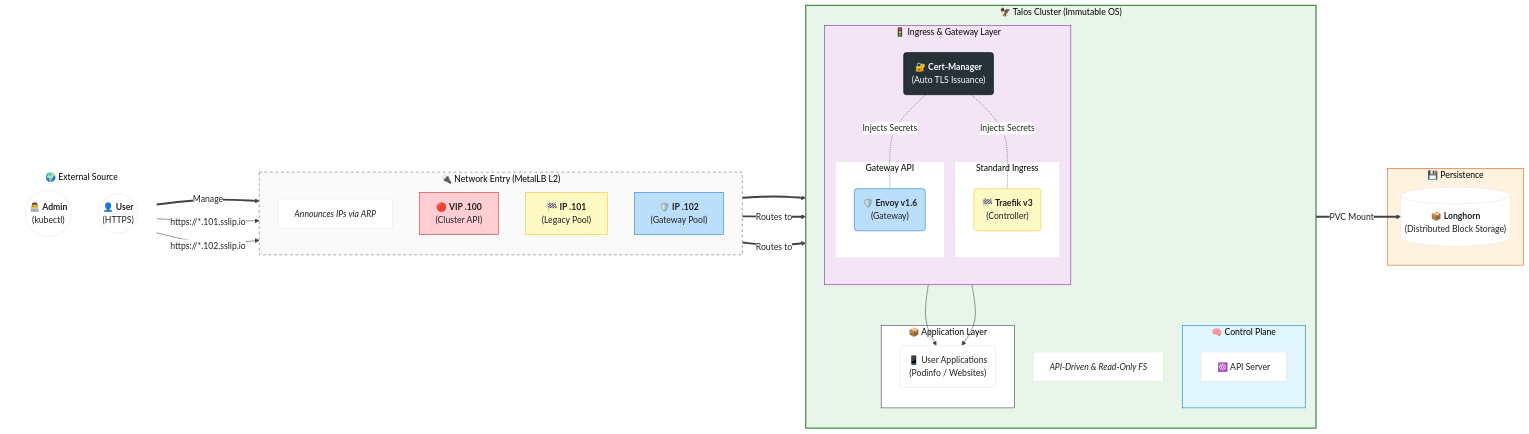
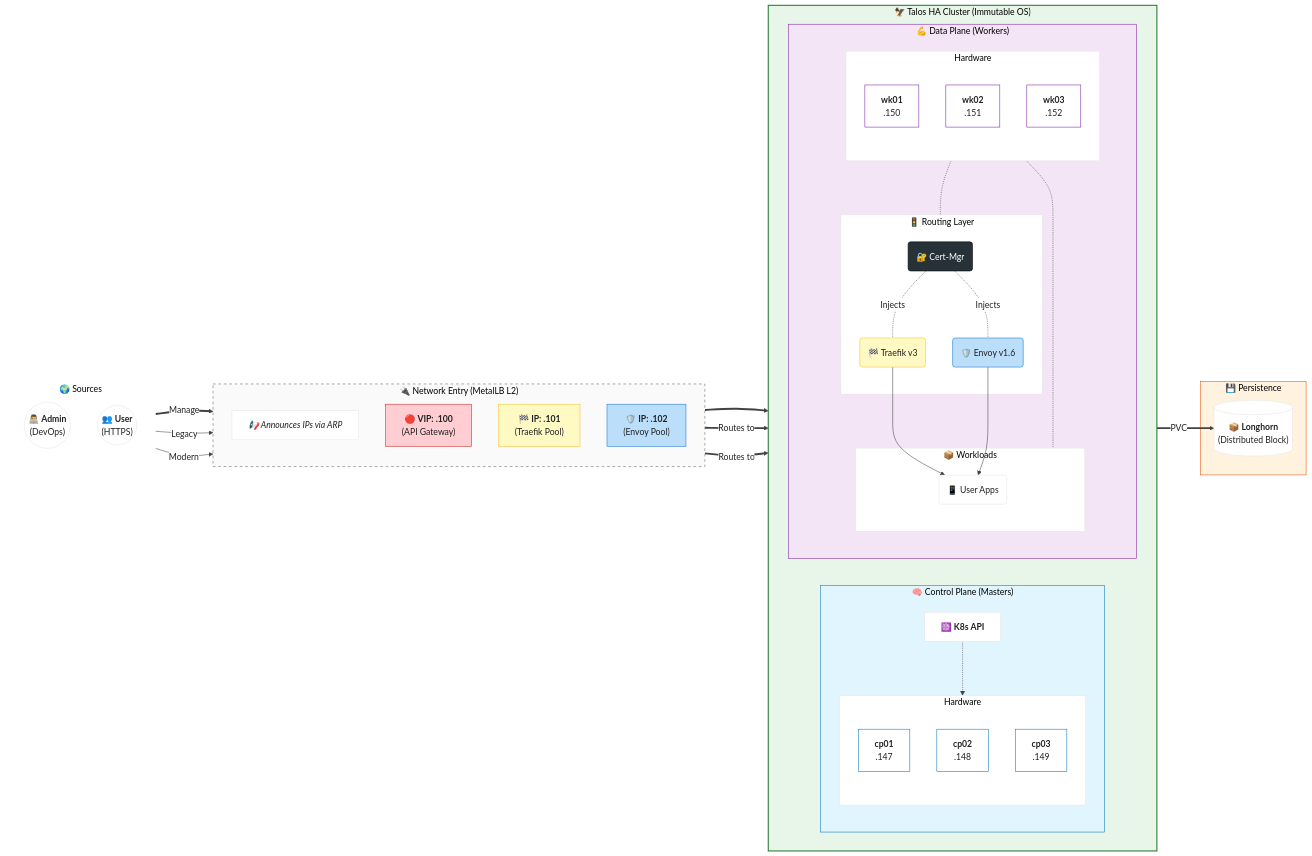
One commit to engabelal/kubernetes-ha-talos changed the diagram in readme.md. Above: the diagram before and after it, drawn with Mermaid. The commit also changed other lines of this file, not shown here.

Commit message:
docs: architecture diagram V3 - high-fidelity node breakdown + logical flow

````diff
--- a/readme.md
+++ b/readme.md
@@ -12,60 +12,72 @@
 
 graph LR
     %% ==========================================
-    %% 1. EXTERNAL
+    %% 1. EXTERNAL WORLD
     %% ==========================================
-    subgraph S1 ["🌍 External Source"]
+    subgraph S1 ["🌍 Sources"]
         direction TB
-        admin(("👨‍💻 <b>Admin</b><br/>(kubectl)"))
-        user(("👤 <b>User</b><br/>(HTTPS)"))
+        admin(("👨‍💻 <b>Admin</b><br/>(DevOps)"))
+        user(("👥 <b>User</b><br/>(HTTPS)"))
     end
 
     %% ==========================================
-    %% 2. NETWORK ENTRANCE (METALLB)
+    %% 2. NETWORK GATEWAY (MetalLB)
     %% ==========================================
     subgraph S2 ["🔌 Network Entry (MetalLB L2)"]
         direction TB
-        note_lb["<i>Announces IPs via ARP</i>"]
-        vip["🔴 <b>VIP .100</b><br/>(Cluster API)"]
-        lb_legacy["🏁 <b>IP .101</b><br/>(Legacy Pool)"]
-        lb_modern["🛡️ <b>IP .102</b><br/>(Gateway Pool)"]
+        note_arp["<i>📢 Announces IPs via ARP</i>"]
+
+        vip["🔴 <b>VIP: .100</b><br/>(API Gateway)"]
+        legacy_ip["🏁 <b>IP: .101</b><br/>(Traefik Pool)"]
+        modern_ip["🛡️ <b>IP: .102</b><br/>(Envoy Pool)"]
     end
 
     %% ==========================================
-    %% 3. CLUSTER & ROUTING
+    %% 3. TALOS CLUSTER (6 NODES)
     %% ==========================================
-    subgraph S3 ["🦅 Talos Cluster (Immutable OS)"]
-        direction TB
+    subgraph S3 ["🦅 Talos HA Cluster (Immutable OS)"]
+        direction LR
 
-        note_os["<i>API-Driven & Read-Only FS</i>"]
+        %% 🧠 CONTROL PLANE
+        subgraph CP ["🧠 Control Plane (Masters)"]
+            direction TB
+            api["☸️ <b>K8s API</b>"]
 
-        subgraph CP ["🧠 Control Plane"]
-            api["☸️ API Server"]
-        end
-
-        subgraph ROUTING ["🚦 Ingress & Gateway Layer"]
-            direction TB
-            certmgr("🔐 <b>Cert-Manager</b><br/>(Auto TLS Issuance)")
-
-            subgraph R_LEGACY ["Standard Ingress"]
-                traefik("🏁 <b>Traefik v3</b><br/>(Controller)")
-            end
-
-            subgraph R_MODERN ["Gateway API"]
-                envoy("🛡️ <b>Envoy v1.6</b><br/>(Gateway)")
+            subgraph CP_NODES ["Hardware"]
+                cp1["<b>cp01</b><br/>.147"]
+                cp2["<b>cp02</b><br/>.148"]
+                cp3["<b>cp03</b><br/>.149"]
             end
         end
 
-        subgraph APPS ["📦 Application Layer"]
-            my_app("📱 User Applications<br/>(Podinfo / Websites)")
+        %% 💪 DATA PLANE
+        subgraph WORKERS ["💪 Data Plane (Workers)"]
+            direction TB
+
+            subgraph WK_NODES ["Hardware"]
+                wk1["<b>wk01</b><br/>.150"]
+                wk2["<b>wk02</b><br/>.151"]
+                wk3["<b>wk03</b><br/>.152"]
+            end
+
+            %% WORKLOADS RUNNING ON WORKERS
+            subgraph ROUTING ["🚦 Routing Layer"]
+                cert("🔐 Cert-Mgr")
+                traefik("🏁 Traefik v3")
+                envoy("🛡️ Envoy v1.6")
+            end
+
+            subgraph APPS ["📦 Workloads"]
+                app("📱 User Apps")
+            end
         end
     end
 
     %% ==========================================
-    %% 4. STORAGE LAYER
+    %% 4. STORAGE
     %% ==========================================
     subgraph S4 ["💾 Persistence"]
-        longhorn[("📦 <b>Longhorn</b><br/>(Distributed Block Storage)")]
+        longhorn[("📦 <b>Longhorn</b><br/>(Distributed Block)")]
     end
 
     %% ==========================================
@@ -75,22 +87,27 @@
     %% Admin Path
     admin == "Manage" ==> vip
     vip ==> api
+    api -.-> CP_NODES
 
     %% User Path (Legacy)
-    user -- "https://*.101.sslip.io" --> lb_legacy
-    lb_legacy == "Routes to" ==> traefik
-    traefik --> my_app
+    user -- "Legacy" --> legacy_ip
+    legacy_ip == "Routes to" ==> traefik
+    traefik --> app
 
     %% User Path (Modern)
-    user -- "https://*.102.sslip.io" --> lb_modern
-    lb_modern == "Routes to" ==> envoy
-    envoy --> my_app
+    user -- "Modern" --> modern_ip
+    modern_ip == "Routes to" ==> envoy
+    envoy --> app
 
     %% Internal Wiring
-    certmgr -. "Injects Secrets" .- traefik
-    certmgr -. "Injects Secrets" .- envoy
+    cert -. "Injects" .- traefik
+    cert -. "Injects" .- envoy
 
-    my_app == "PVC Mount" ==> longhorn
+    app == "PVC" ==> longhorn
+
+    %% Physical Hosting (Conceptual)
+    WK_NODES -.- ROUTING
+    WK_NODES -.- APPS
 
     %% ==========================================
     %% STYLING
@@ -101,14 +118,21 @@
     style S4 fill:#fff3e0,stroke:#e65100
 
     style CP fill:#e1f5fe,stroke:#0277bd
-    style ROUTING fill:#f3e5f5,stroke:#7b1fa2
-    style APPS fill:#fff,stroke:#333
+    style WORKERS fill:#f3e5f5,stroke:#7b1fa2
 
     style vip fill:#ffcdd2,stroke:#c62828
-    style lb_legacy fill:#fff9c4,stroke:#fbc02d
-    style lb_modern fill:#bbdefb,stroke:#1976d2
+    style legacy_ip fill:#fff9c4,stroke:#fbc02d
+    style modern_ip fill:#bbdefb,stroke:#1976d2
 
-    style certmgr fill:#263238,stroke:#000,color:#fff
+    style cp1 fill:#fff,stroke:#0277bd
+    style cp2 fill:#fff,stroke:#0277bd
+    style cp3 fill:#fff,stroke:#0277bd
+
+    style wk1 fill:#fff,stroke:#7b1fa2
+    style wk2 fill:#fff,stroke:#7b1fa2
+    style wk3 fill:#fff,stroke:#7b1fa2
+
     style traefik fill:#fff9c4,stroke:#fbc02d
     style envoy fill:#bbdefb,stroke:#1976d2
+    style cert fill:#263238,stroke:#000,color:#fff
 ```
````
